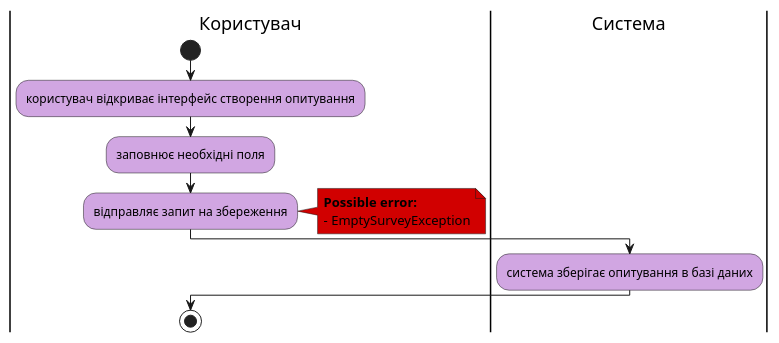
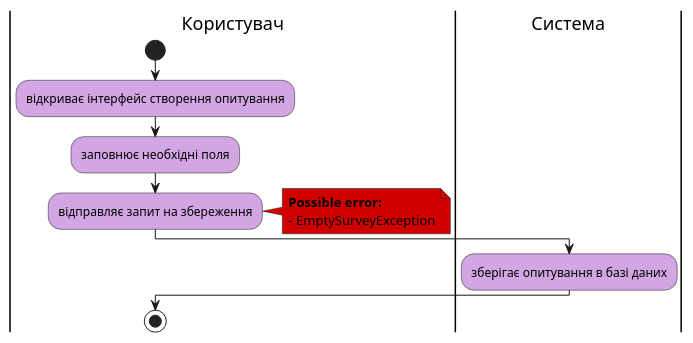
One commit to sunnytea0/db_labs_my changed the sixth of 13 diagrams in docs/use cases/README.md. Above: the diagram before and after it, drawn with PlantUML. The commit also changed other lines of this file and 1 other file, not shown here.

```diff
--- a/docs/use cases/README.md
+++ b/docs/use cases/README.md
@@ -217,21 +217,21 @@
 @startuml
 
         skinparam ActivityBackgroundColor #d1a6e2
 
         |Користувач|
         start;
-        :користувач відкриває інтерфейс створення опитування;
+        :відкриває інтерфейс створення опитування;
         :заповнює необхідні поля;
         :відправляє запит на збереження;
         note right #D10000
         <b>Possible error:
         - EmptySurveyException
         end note
 
         |Система|
-        :система зберігає опитування в базі даних;
+        :зберігає опитування в базі даних;
 
         |Користувач|
         stop;
 
 @enduml
```
